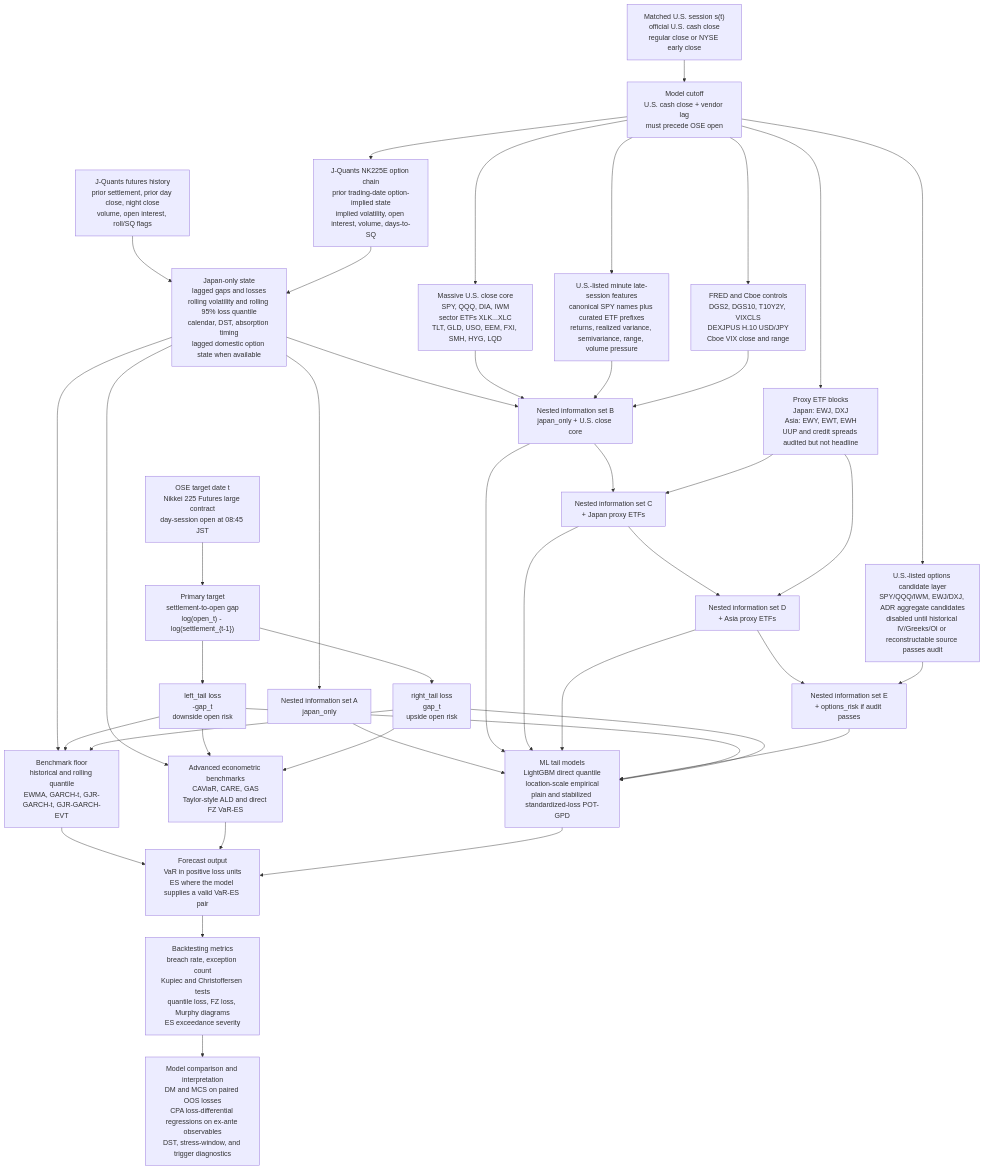
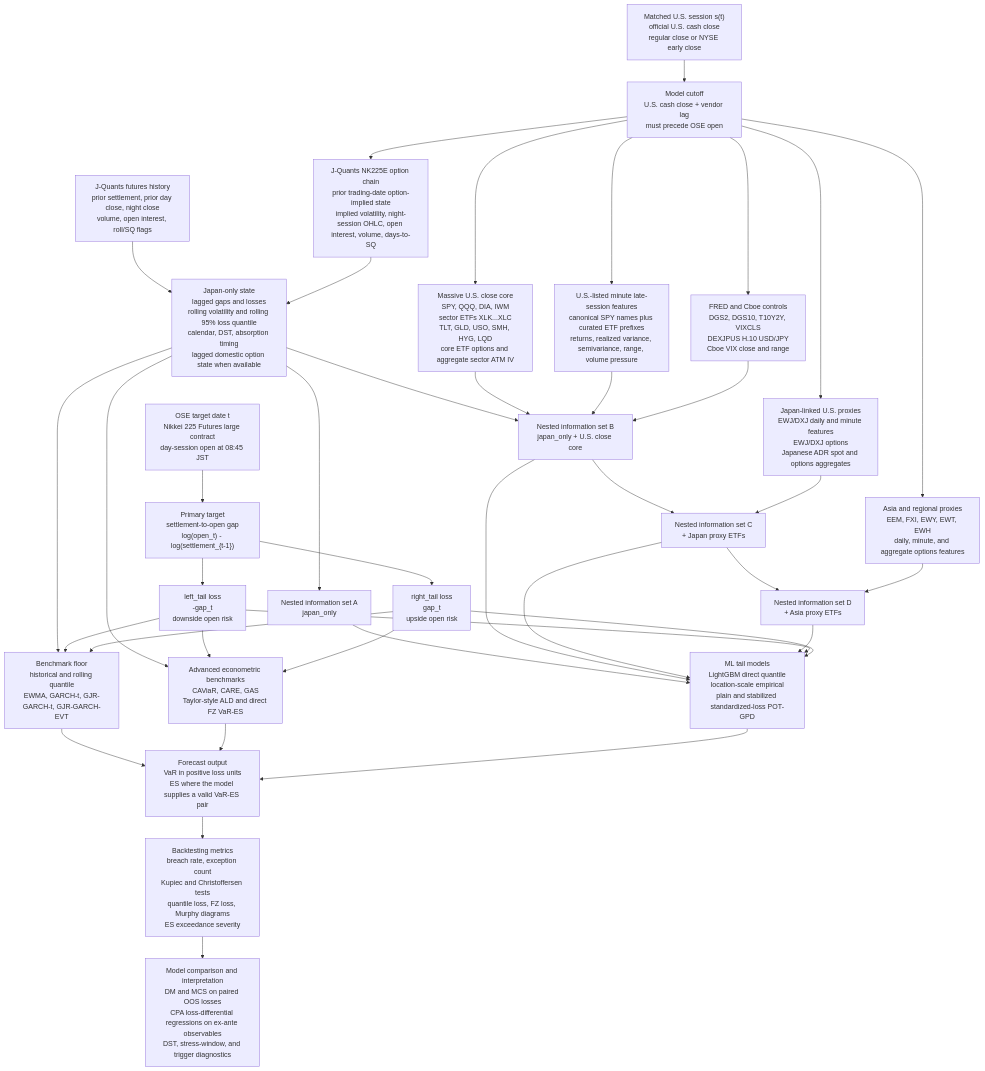
One commit to TY-Cheng/n225-open-gap-tail changed the diagram in docs/paper_plan.md. Above: the diagram before and after it, drawn with Mermaid. The commit also changed other lines of this file and 56 other files, not shown here.

First line of the commit message:
feat: Implement US options risk layer via Massive historical flat files

````diff
--- a/docs/paper_plan.md
+++ b/docs/paper_plan.md
@@ -57,76 +57,72 @@
 ```mermaid
 flowchart TD
     T["OSE target date t<br/>Nikkei 225 Futures large contract<br/>day-session open at 08:45 JST"]
     C["Matched U.S. session s(t)<br/>official U.S. cash close<br/>regular close or NYSE early close"]
     Cutoff["Model cutoff<br/>U.S. cash close + vendor lag<br/>must precede OSE open"]
 
     JQ["J-Quants futures history<br/>prior settlement, prior day close, night close<br/>volume, open interest, roll/SQ flags"]
-    JQOpt["J-Quants NK225E option chain<br/>prior trading-date option-implied state<br/>implied volatility, open interest, volume, days-to-SQ"]
+    JQOpt["J-Quants NK225E option chain<br/>prior trading-date option-implied state<br/>implied volatility, night-session OHLC, open interest, volume, days-to-SQ"]
     JP["Japan-only state<br/>lagged gaps and losses<br/>rolling volatility and rolling 95% loss quantile<br/>calendar, DST, absorption timing<br/>lagged domestic option state when available"]
 
-    MCore["Massive U.S. close core<br/>SPY, QQQ, DIA, IWM<br/>sector ETFs XLK...XLC<br/>TLT, GLD, USO, EEM, FXI, SMH, HYG, LQD"]
+    MCore["Massive U.S. close core<br/>SPY, QQQ, DIA, IWM<br/>sector ETFs XLK...XLC<br/>TLT, GLD, USO, SMH, HYG, LQD<br/>core ETF options and aggregate sector ATM IV"]
     MSpy["U.S.-listed minute late-session features<br/>canonical SPY names plus curated ETF prefixes<br/>returns, realized variance, semivariance, range, volume pressure"]
     Fred["FRED and Cboe controls<br/>DGS2, DGS10, T10Y2Y, VIXCLS<br/>DEXJPUS H.10 USD/JPY<br/>Cboe VIX close and range"]
-    Proxy["Proxy ETF blocks<br/>Japan: EWJ, DXJ<br/>Asia: EWY, EWT, EWH<br/>UUP and credit spreads audited but not headline"]
-    Options["U.S.-listed options candidate layer<br/>SPY/QQQ/IWM, EWJ/DXJ, ADR aggregate candidates<br/>disabled until historical IV/Greeks/OI or reconstructable source passes audit"]
+    JPProxy["Japan-linked U.S. proxies<br/>EWJ/DXJ daily and minute features<br/>EWJ/DXJ options<br/>Japanese ADR spot and options aggregates"]
+    AsiaProxy["Asia and regional proxies<br/>EEM, FXI, EWY, EWT, EWH<br/>daily, minute, and aggregate options features"]
 
     InfoA["Nested information set A<br/>japan_only"]
     InfoB["Nested information set B<br/>japan_only + U.S. close core"]
     InfoC["Nested information set C<br/>+ Japan proxy ETFs"]
     InfoD["Nested information set D<br/>+ Asia proxy ETFs"]
-    InfoE["Nested information set E<br/>+ options_risk if audit passes"]
 
     Target["Primary target<br/>settlement-to-open gap<br/>log(open_t) - log(settlement_{t-1})"]
     LossL["left_tail loss<br/>-gap_t<br/>downside open risk"]
     LossR["right_tail loss<br/>gap_t<br/>upside open risk"]
 
     Bench["Benchmark floor<br/>historical and rolling quantile<br/>EWMA, GARCH-t, GJR-GARCH-t, GJR-GARCH-EVT"]
     Adv["Advanced econometric benchmarks<br/>CAViaR, CARE, GAS<br/>Taylor-style ALD and direct FZ VaR-ES"]
     ML["ML tail models<br/>LightGBM direct quantile<br/>location-scale empirical<br/>plain and stabilized standardized-loss POT-GPD"]
 
     Forecast["Forecast output<br/>VaR in positive loss units<br/>ES where the model supplies a valid VaR-ES pair"]
     Metrics["Backtesting metrics<br/>breach rate, exception count<br/>Kupiec and Christoffersen tests<br/>quantile loss, FZ loss, Murphy diagrams<br/>ES exceedance severity"]
     Inference["Model comparison and interpretation<br/>DM and MCS on paired OOS losses<br/>CPA loss-differential regressions on ex-ante observables<br/>DST, stress-window, and trigger diagnostics"]
 
     C --> Cutoff
     T --> Target
     JQ --> JP
     JQOpt --> JP
     Cutoff --> MCore
     Cutoff --> MSpy
     Cutoff --> Fred
-    Cutoff --> Proxy
+    Cutoff --> JPProxy
+    Cutoff --> AsiaProxy
     Cutoff --> JQOpt
-    Cutoff --> Options
     JP --> InfoA
     JP --> InfoB
     MCore --> InfoB
     MSpy --> InfoB
     Fred --> InfoB
     InfoB --> InfoC
-    Proxy --> InfoC
+    JPProxy --> InfoC
     InfoC --> InfoD
-    Proxy --> InfoD
-    InfoD --> InfoE
-    Options --> InfoE
+    AsiaProxy --> InfoD
     Target --> LossL
     Target --> LossR
     InfoA --> ML
     InfoB --> ML
     InfoC --> ML
     InfoD --> ML
-    InfoE --> ML
     JP --> Bench
     JP --> Adv
     LossL --> Bench
     LossL --> Adv
     LossL --> ML
     LossR --> Bench
     LossR --> Adv
     LossR --> ML
     Bench --> Forecast
     Adv --> Forecast
     ML --> Forecast
     Forecast --> Metrics
     Metrics --> Inference
 ```
````
